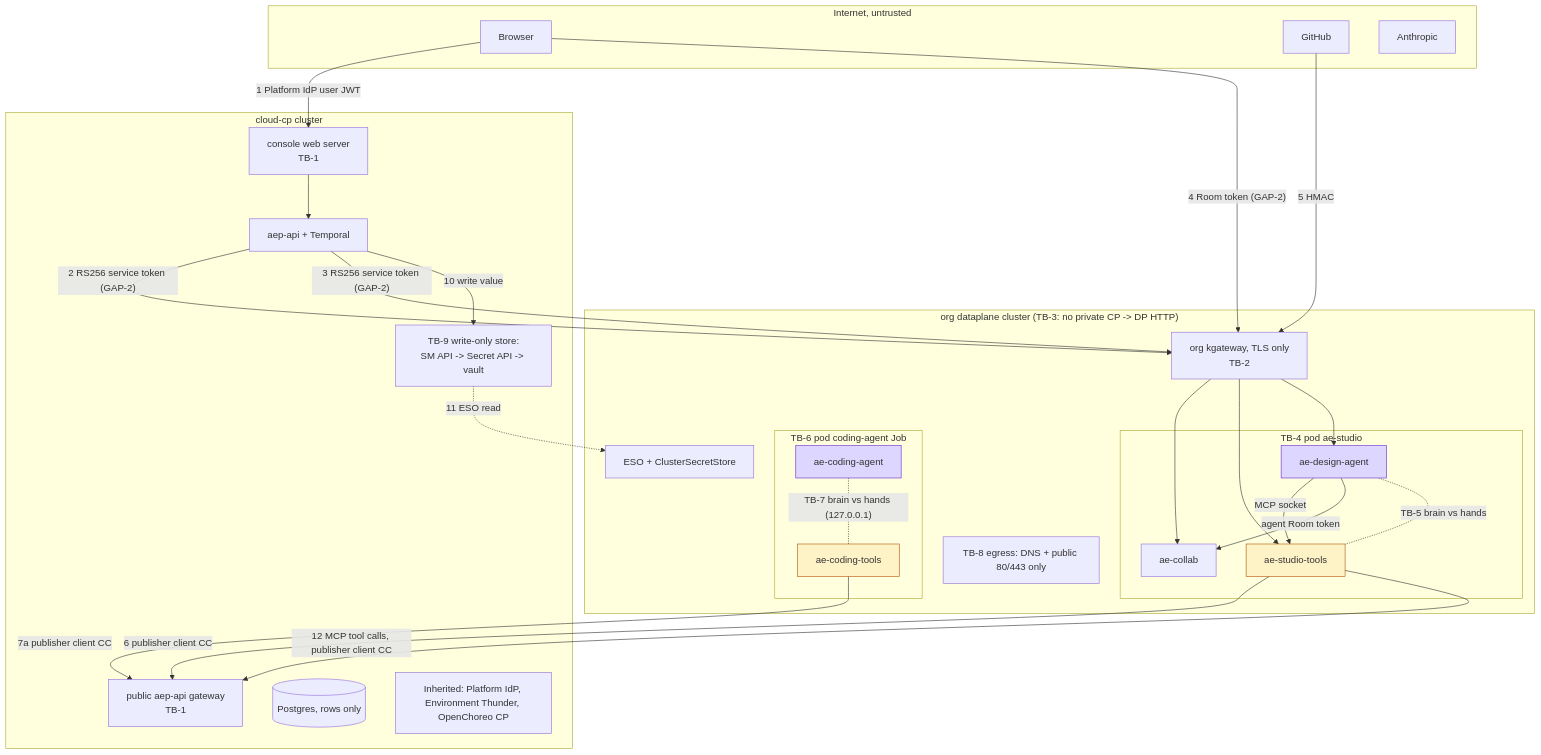
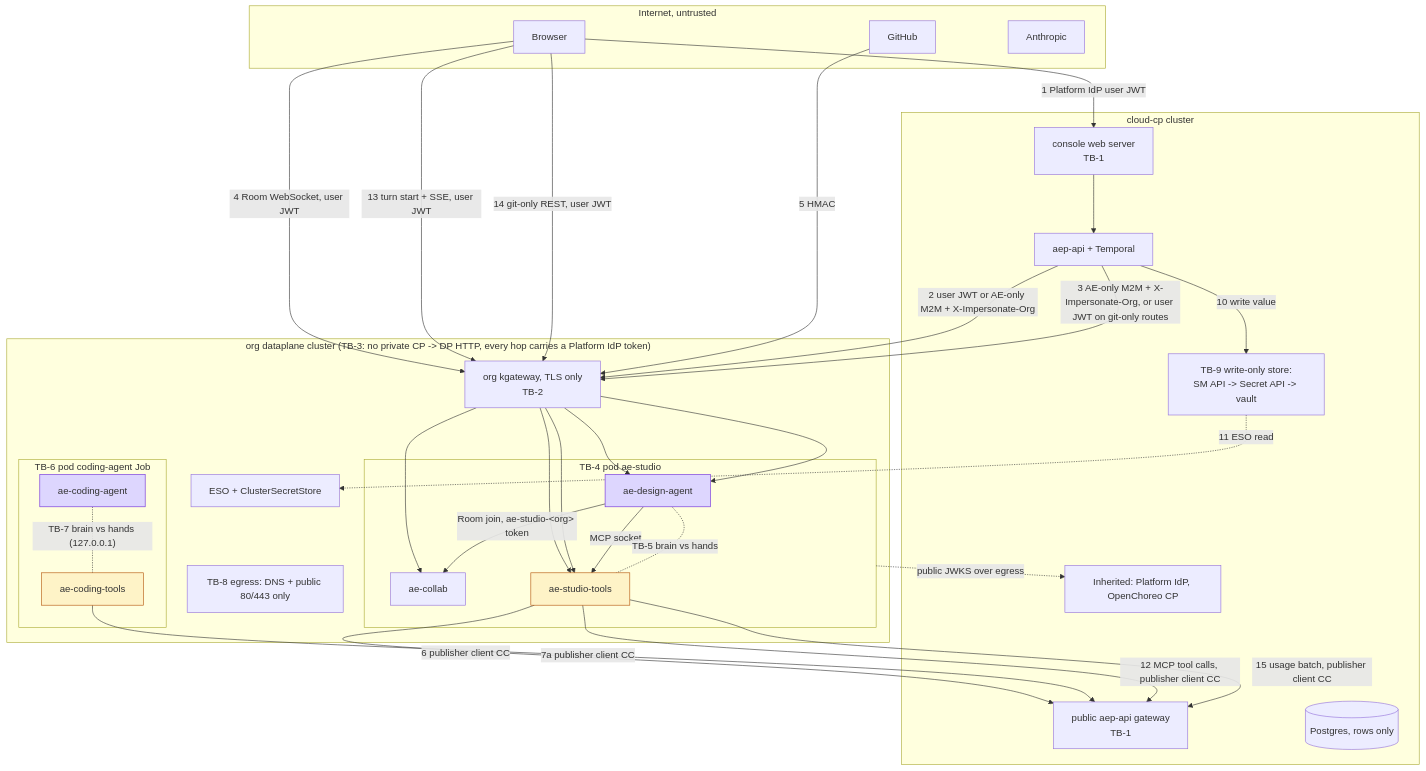
Before and after one commit to wso2/labs-agentic-engineer: the diagram in threat-modeling-2/spec/10-cloud-trust-boundaries.md, drawn with Mermaid. The commit also changed other lines of this file and 11 other files, not shown here.

````diff
--- a/threat-modeling-2/spec/10-cloud-trust-boundaries.md
+++ b/threat-modeling-2/spec/10-cloud-trust-boundaries.md
@@ -18,46 +18,50 @@
 ```mermaid
 flowchart TB
   subgraph NET[Internet, untrusted]
     B[Browser]
     GH[GitHub]
     AN[Anthropic]
   end
   subgraph CPC["cloud-cp cluster"]
     CWS["console web server<br/>TB-1"]
     GW1["public aep-api gateway<br/>TB-1"]
     API[aep-api + Temporal]
     PG[(Postgres, rows only)]
-    INH[Inherited: Platform IdP, Environment Thunder, OpenChoreo CP]
+    INH[Inherited: Platform IdP, OpenChoreo CP]
     SM["TB-9 write-only store:<br/>SM API -> Secret API -> vault"]
   end
-  subgraph ODP["org dataplane cluster (TB-3: no private CP -> DP HTTP)"]
+  subgraph ODP["org dataplane cluster (TB-3: no private CP -> DP HTTP, every hop carries a Platform IdP token)"]
     KGW["org kgateway, TLS only<br/>TB-2"]
     subgraph P1["TB-4 pod ae-studio"]
       AS[ae-design-agent]:::llm
       CS[ae-collab]
       GHD[ae-studio-tools]:::hands
     end
     subgraph P2["TB-6 pod coding-agent Job"]
       MAIN[ae-coding-agent]:::llm
       CAT[ae-coding-tools]:::hands
     end
     ESO[ESO + ClusterSecretStore]
     EGR["TB-8 egress: DNS + public 80/443 only"]
   end
   B -- "1 Platform IdP user JWT" --> CWS --> API
-  B -- "4 Room token (GAP-2)" --> KGW --> CS
+  B -- "4 Room WebSocket, user JWT" --> KGW --> CS
+  B -- "13 turn start + SSE, user JWT" --> KGW --> AS
+  B -- "14 git-only REST, user JWT" --> KGW --> GHD
   GH -- "5 HMAC" --> KGW --> GHD
-  API -- "2 RS256 service token (GAP-2)" --> KGW --> AS
-  API -- "3 RS256 service token (GAP-2)" --> KGW
+  API -- "2 user JWT or AE-only M2M + X-Impersonate-Org" --> KGW --> AS
+  API -- "3 AE-only M2M + X-Impersonate-Org, or user JWT on git-only routes" --> KGW
   GHD -- "6 publisher client CC" --> GW1
   CAT -- "7a publisher client CC" --> GW1
   GHD -- "12 MCP tool calls, publisher client CC" --> GW1
+  GHD -- "15 usage batch, publisher client CC" --> GW1
   AS -- "MCP socket" --> GHD
+  P1 -. "public JWKS over egress" .-> INH
   API -- "10 write value" --> SM
   SM -. "11 ESO read" .-> ESO
-  AS -- "agent Room token" --> CS
+  AS -- "Room join, ae-studio-&lt;org&gt; token" --> CS
   AS -. "TB-5 brain vs hands" .- GHD
   MAIN -. "TB-7 brain vs hands (127.0.0.1)" .- CAT
   classDef llm fill:#ddd6fe,stroke:#6d28d9
   classDef hands fill:#fef3c7,stroke:#b45309
 ```
````
